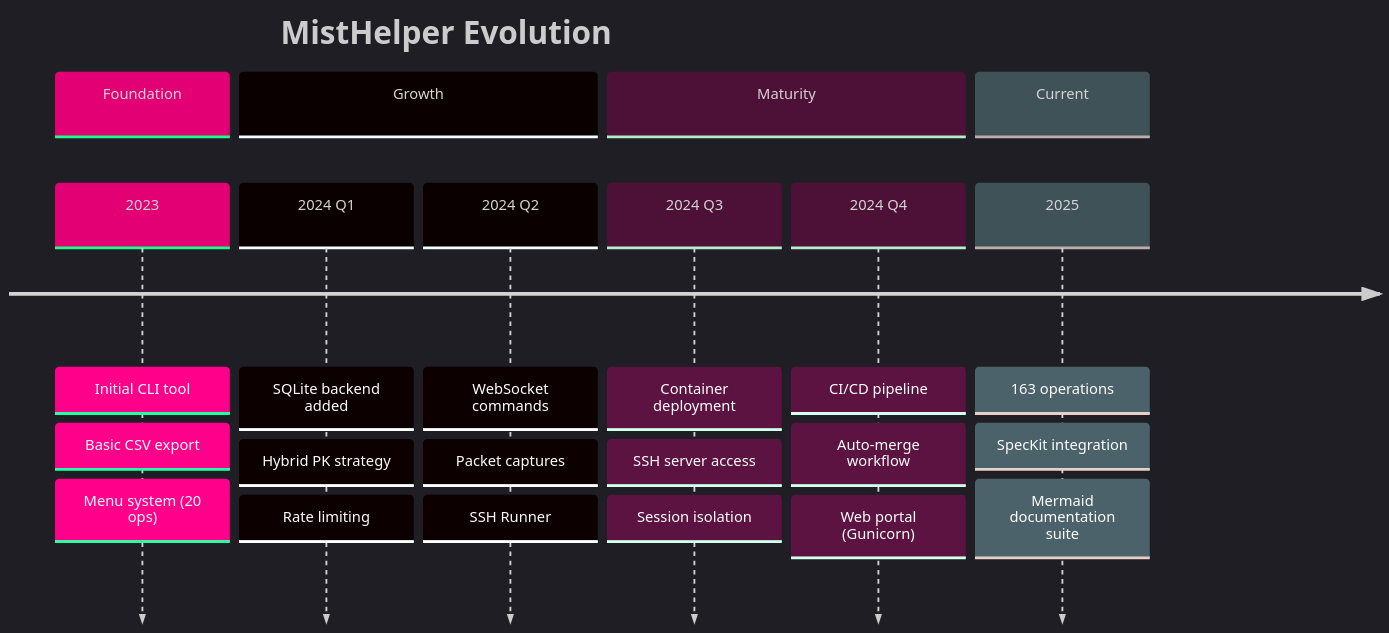
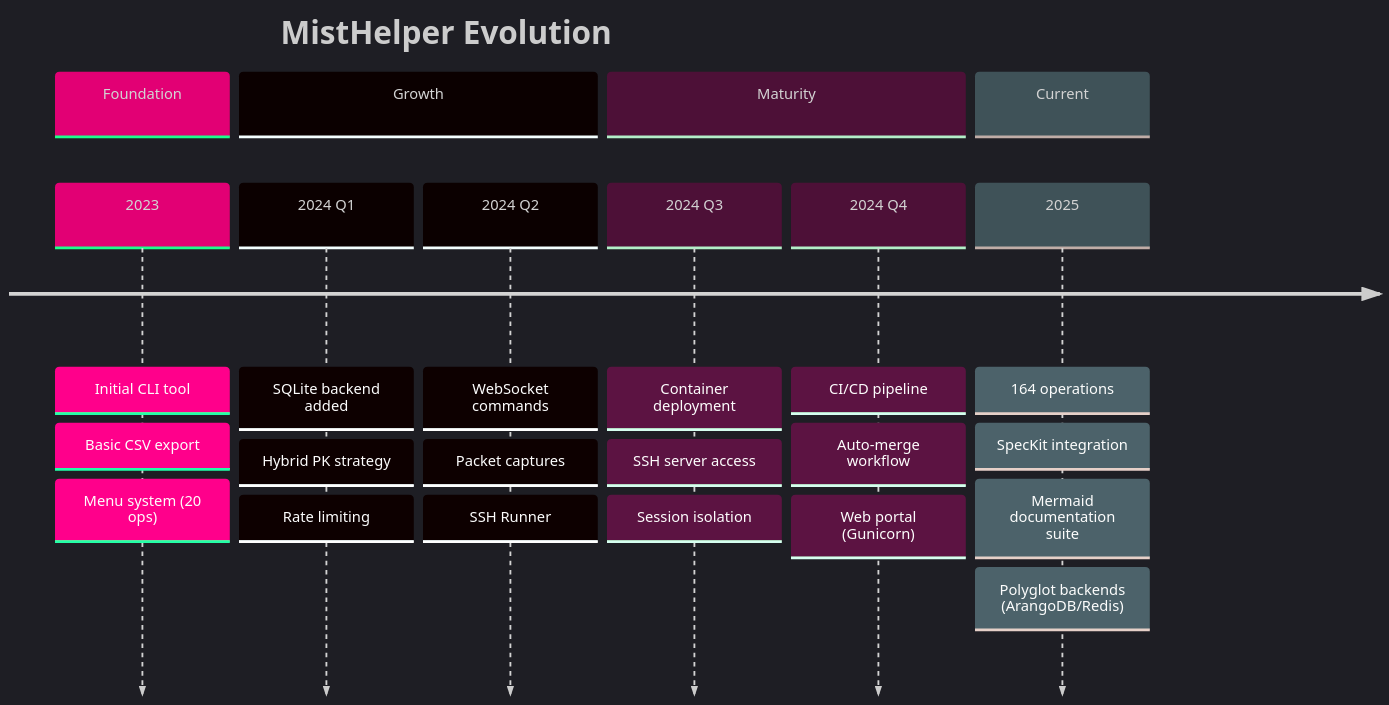
One commit to jmorrison-juniper/MistHelper changed the fifth of 5 diagrams in documentation/diagrams/operations/metrics-and-analytics.md. Above: the diagram before and after it, drawn with Mermaid. The commit also changed other lines of this file and 44 other files, not shown here.

````diff
--- a/documentation/diagrams/operations/metrics-and-analytics.md
+++ b/documentation/diagrams/operations/metrics-and-analytics.md
@@ -147,35 +149,36 @@
 ```mermaid
 %%{init: {'theme': 'dark', 'themeVariables': {
   'primaryColor': '#E20074',
   'primaryTextColor': '#E0E0E0',
   'primaryBorderColor': '#99004D',
   'lineColor': '#FF4DA6',
   'secondaryColor': '#16213E',
   'tertiaryColor': '#1A1A2E',
   'fontFamily': 'ui-monospace, monospace'
 }}}%%
 timeline
     title MistHelper Evolution
     section Foundation
         2023 : Initial CLI tool
              : Basic CSV export
              : Menu system (20 ops)
     section Growth
         2024 Q1 : SQLite backend added
                 : Hybrid PK strategy
                 : Rate limiting
         2024 Q2 : WebSocket commands
                 : Packet captures
                 : SSH Runner
     section Maturity
         2024 Q3 : Container deployment
                 : SSH server access
                 : Session isolation
         2024 Q4 : CI/CD pipeline
                 : Auto-merge workflow
                 : Web portal (Gunicorn)
     section Current
-        2025 : 163 operations
+        2025 : 164 operations
              : SpecKit integration
              : Mermaid documentation suite
+             : Polyglot backends (ArangoDB/Redis)
 ```
````
